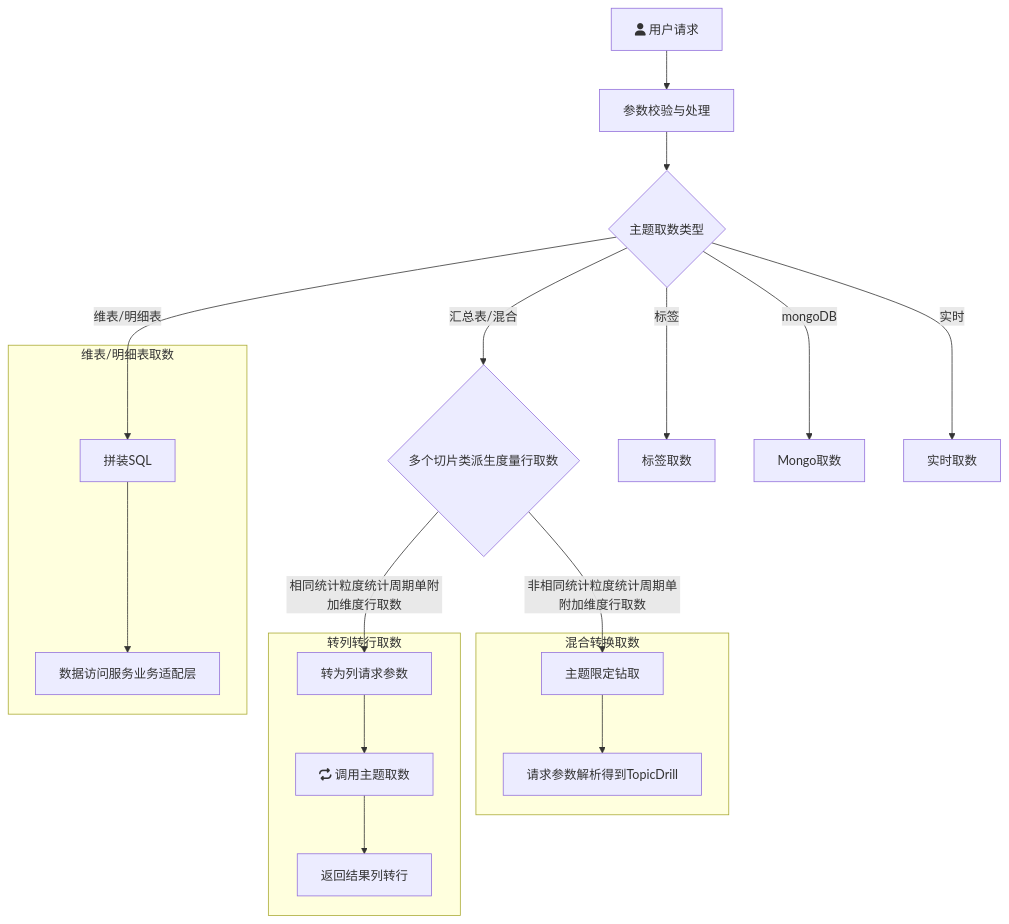
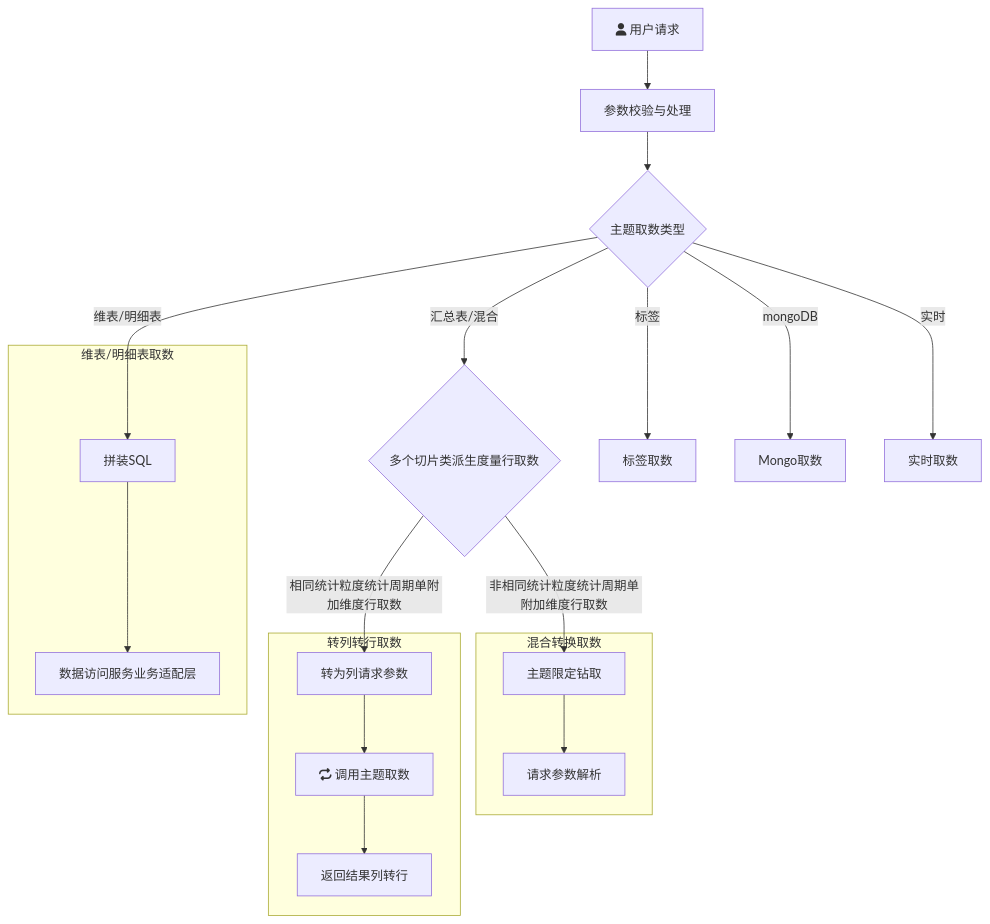
One commit to yanglosm/iodraw-files changed the diagram in all/未命名.md. Above: the diagram before and after it, drawn with Mermaid.

Commit message:
2024-11-29 18:39:52 update

````diff
--- a/all/未命名.md
+++ b/all/未命名.md
@@ -1,20 +1,20 @@
 ```mermaid
 flowchart TD
     A[fa:fa-user 用户请求] -->A1[参数校验与处理] --> B{主题取数类型}
     B -->|维表/明细表| D[拼装SQL]
     B -->|汇总表/混合| E{多个切片类派生度量行取数}
     B -->|标签| F[标签取数]
     B -->|mongoDB| G[Mongo取数]
     B -->|实时| H[实时取数]
     E -->|相同统计粒度统计周期单附加维度行取数| E1[转为列请求参数]
     E -->|非相同统计粒度统计周期单附加维度行取数| T[主题限定钻取]
     subgraph 维表/明细表取数
     D-->D1[数据访问服务业务适配层]
     end
     subgraph 转列转行取数
     E1-->E11[fa:fa-repeat 调用主题取数]-->E12[返回结果列转行]
     end
     subgraph 混合转换取数
-    T-->T1[请求参数解析得到TopicDrill]
+    T-->T1[请求参数解析]
     end
 ```
````
